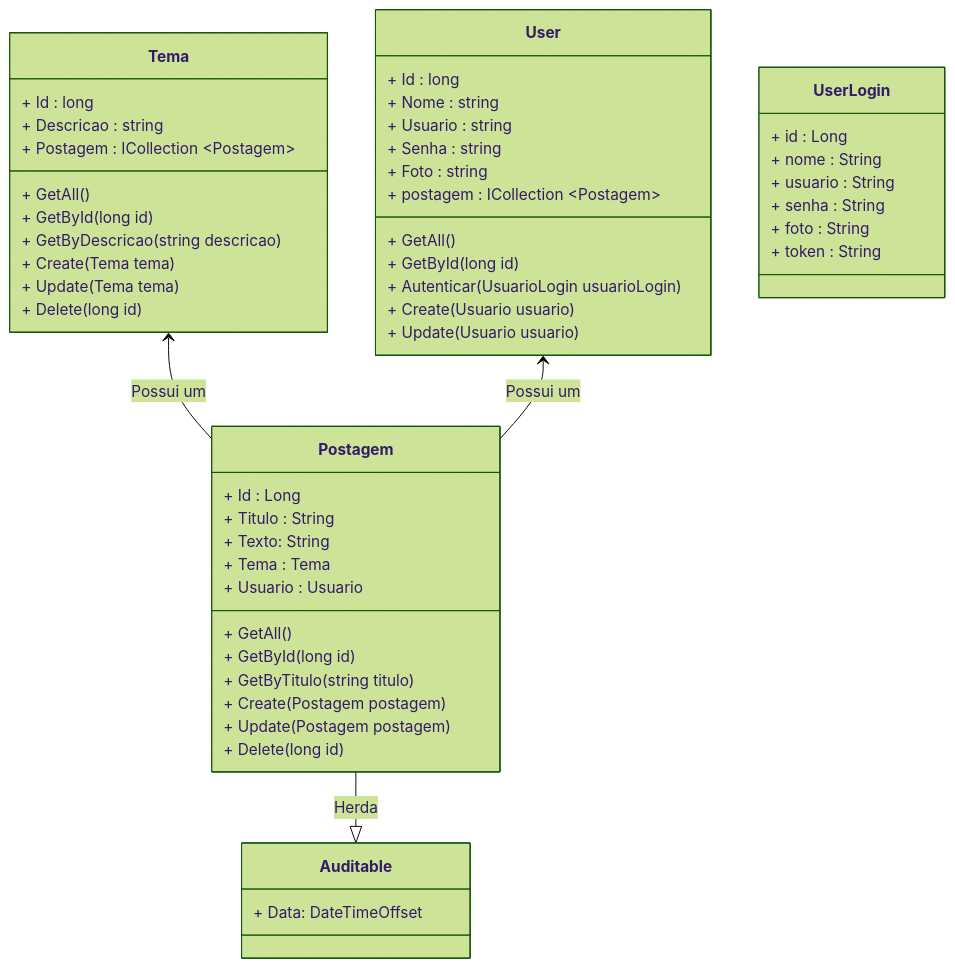
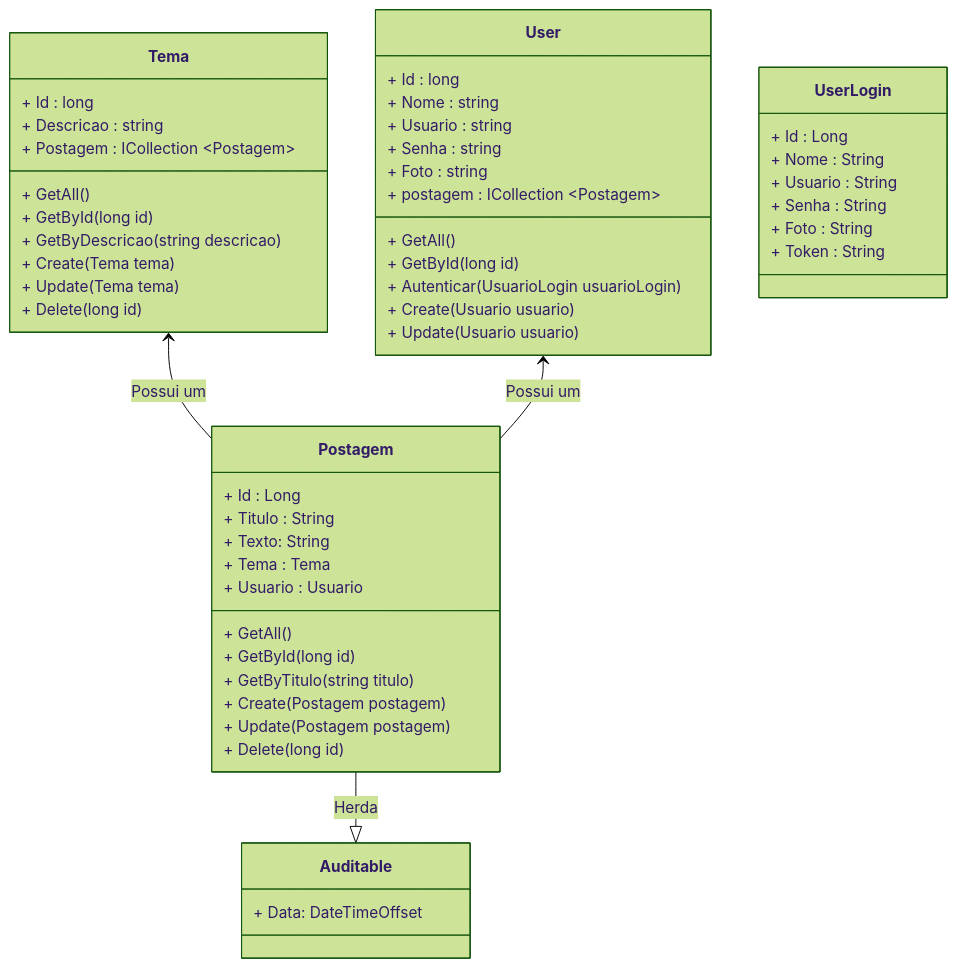
One commit to conteudoGeneration/cookbook_csharp changed the first of 2 diagrams in 04_aspnet/04.md. Above: the diagram before and after it, drawn with Mermaid (forest theme).

````diff
--- a/04_aspnet/04.md
+++ b/04_aspnet/04.md
@@ -21,54 +21,54 @@
 ```mermaid
 classDiagram
 class Tema {
   + Id : long
   + Descricao : string
   + Postagem : ICollection ~Postagem~
   + GetAll()
   + GetById(long id)
   + GetByDescricao(string descricao)
   + Create(Tema tema)
   + Update(Tema tema)
   + Delete(long id)
 }
 class Postagem {
   + Id : Long
   + Titulo : String
   + Texto: String
   + Tema : Tema
   + Usuario : Usuario
   + GetAll()
   + GetById(long id)
   + GetByTitulo(string titulo)
   + Create(Postagem postagem)
   + Update(Postagem postagem)
   + Delete(long id)
 }
 class Auditable {
   + Data: DateTimeOffset
 }
 class User {
   + Id : long
   + Nome : string
   + Usuario : string
   + Senha : string
   + Foto : string
   + postagem : ICollection ~Postagem~
   + GetAll()
   + GetById(long id)
   + Autenticar(UsuarioLogin usuarioLogin)
   + Create(Usuario usuario)
   + Update(Usuario usuario)
 }
 class UserLogin{
-  + id : Long
-  + nome : String
-  + usuario : String
-  + senha : String
-  + foto : String
-  + token : String
+  + Id : Long
+  + Nome : String
+  + Usuario : String
+  + Senha : String
+  + Foto : String
+  + Token : String
 }
 Postagem --|> Auditable: Herda
 Tema <-- Postagem: Possui um
 User <-- Postagem: Possui um
 ```
````
